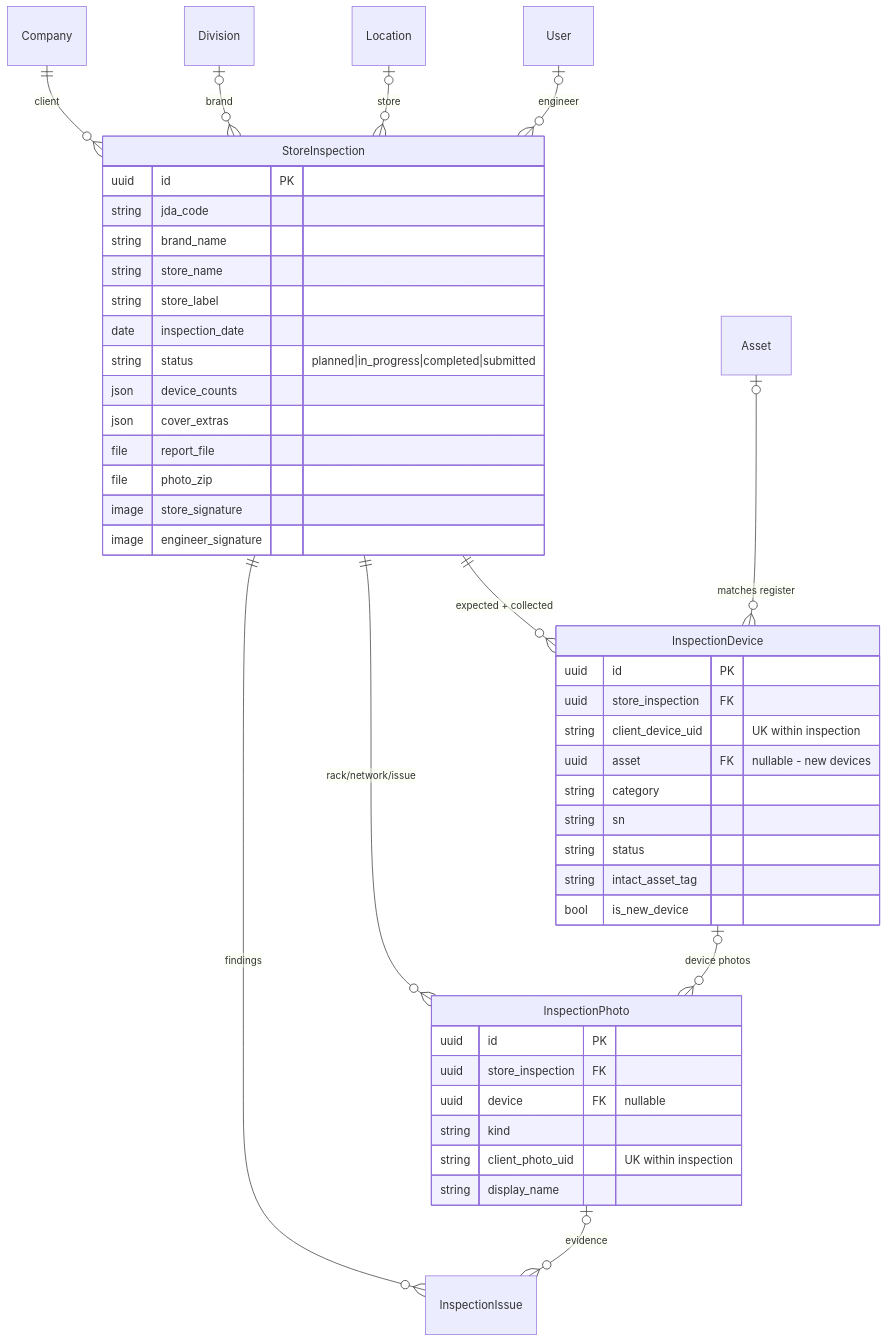
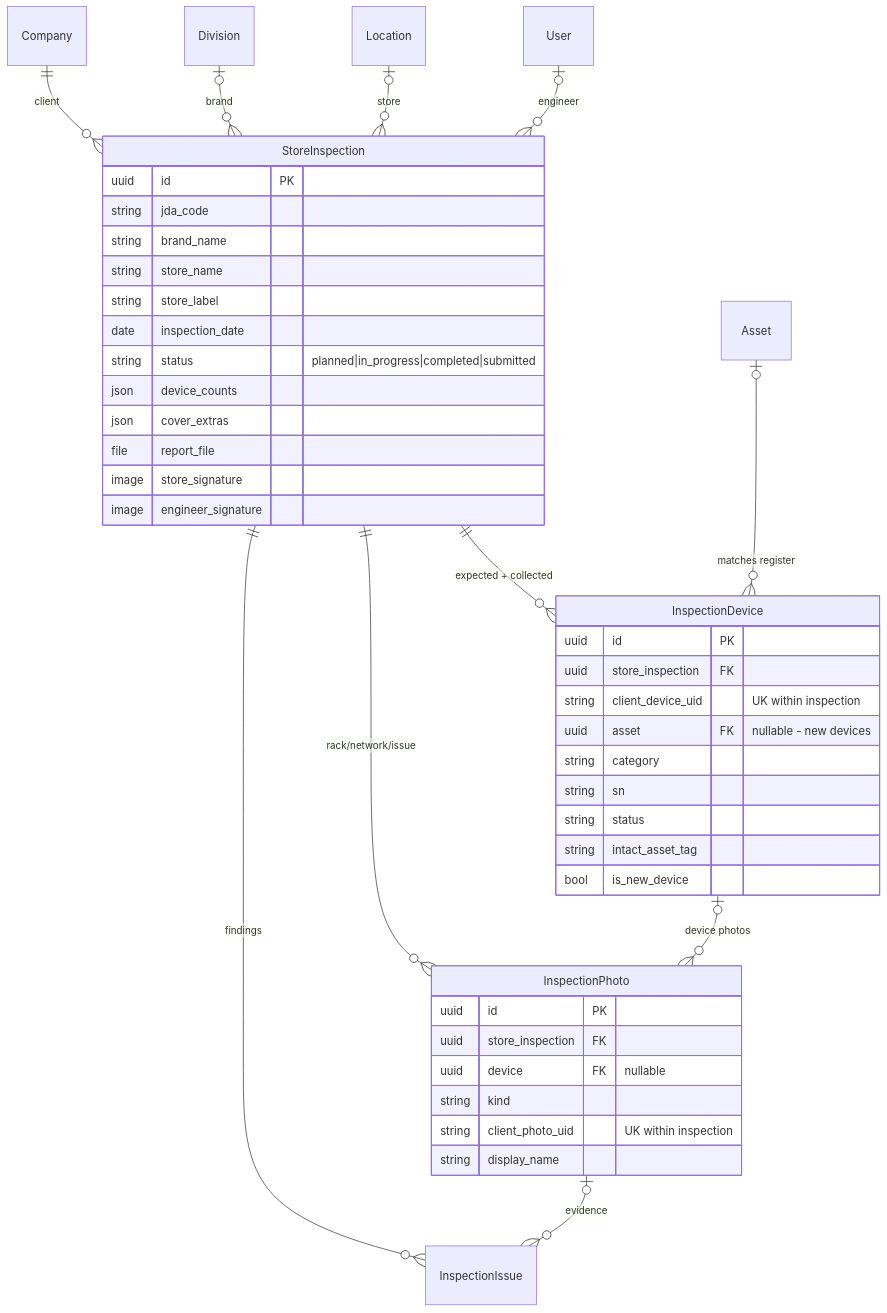
One commit to sean7084/Waypost changed the eighth of 8 diagrams in docs/DATABASE_SCHEMA.md. Above: the diagram before and after it, drawn with Mermaid. The commit also changed 16 other files, not shown here.

````diff
--- a/docs/DATABASE_SCHEMA.md
+++ b/docs/DATABASE_SCHEMA.md
@@ -489,48 +489,47 @@
 ```mermaid
 erDiagram
     Company ||--o{ StoreInspection : "client"
     Division |o--o{ StoreInspection : "brand"
     Location |o--o{ StoreInspection : "store"
     User |o--o{ StoreInspection : "engineer"
     StoreInspection ||--o{ InspectionDevice : "expected + collected"
     StoreInspection ||--o{ InspectionPhoto : "rack/network/issue"
     StoreInspection ||--o{ InspectionIssue : "findings"
     Asset |o--o{ InspectionDevice : "matches register"
     InspectionDevice |o--o{ InspectionPhoto : "device photos"
     InspectionPhoto |o--o{ InspectionIssue : "evidence"
 
     StoreInspection {
         uuid id PK
         string jda_code
         string brand_name
         string store_name
         string store_label
         date inspection_date
         string status "planned|in_progress|completed|submitted"
         json device_counts
         json cover_extras
         file report_file
-        file photo_zip
         image store_signature
         image engineer_signature
     }
     InspectionDevice {
         uuid id PK
         uuid store_inspection FK
         string client_device_uid "UK within inspection"
         uuid asset FK "nullable - new devices"
         string category
         string sn
         string status
         string intact_asset_tag
         bool is_new_device
     }
     InspectionPhoto {
         uuid id PK
         uuid store_inspection FK
         uuid device FK "nullable"
         string kind
         string client_photo_uid "UK within inspection"
         string display_name
     }
 ```
````
